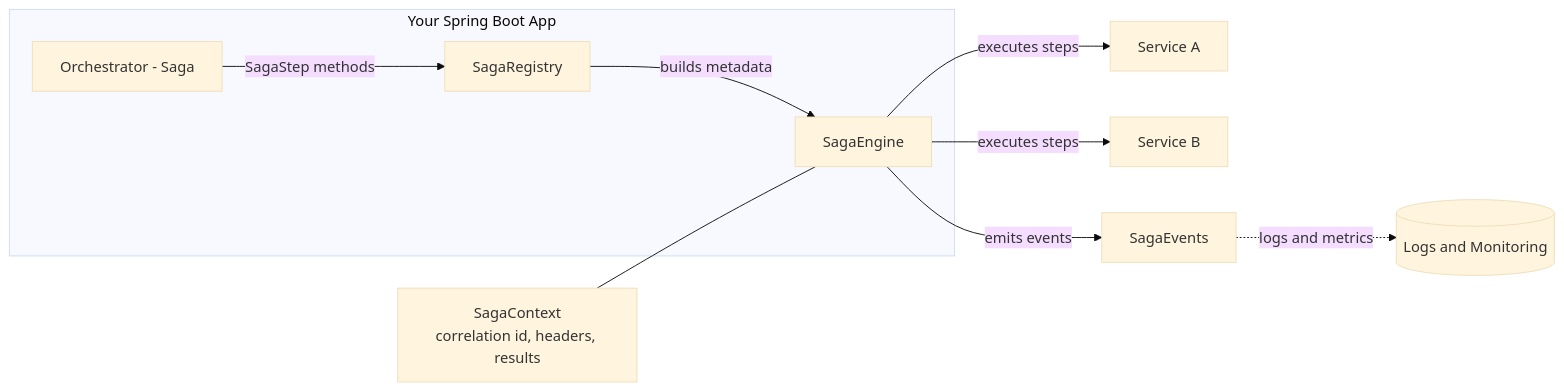
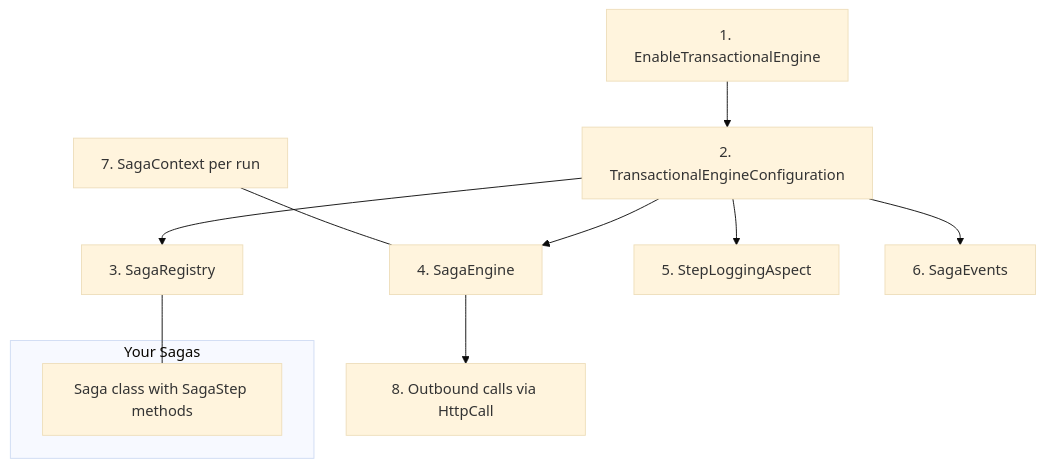
The second of 4 diagrams in README.md (firefly-oss/lib-transactional-engine), drawn with Mermaid (base theme) before and after one commit. The commit also changed other lines of this file, not shown here.

First line of the commit message:
docs: enhance architecture overview with detailed Mermaid diagrams and component glossary

````diff
--- a/README.md
+++ b/README.md
@@ -98,17 +104,14 @@
 ```mermaid
-flowchart LR
-  subgraph App[Your Spring Boot App]
-    O[Orchestrator - Saga]
-    R[SagaRegistry]
-    E[SagaEngine]
+flowchart TB
+  A[1. EnableTransactionalEngine] --> B[2. TransactionalEngineConfiguration]
+  B --> C[3. SagaRegistry]
+  B --> D[4. SagaEngine]
+  B --> E[5. StepLoggingAspect]
+  B --> F[6. SagaEvents]
+  subgraph G[Your Sagas]
+    S[Saga class with SagaStep methods]
   end
-
-  O -- SagaStep methods --> R
-  R -- builds metadata --> E
-  E -- executes steps --> S1[Service A]
-  E -- executes steps --> S2[Service B]
-  E -- emits events --> EV[SagaEvents]
-
-  ctx[SagaContext\ncorrelation id, headers, results] --- E
-  EV -. logs and metrics .-> Log[(Logs and Monitoring)]
+  C --- S
+  H[7. SagaContext per run] --- D
+  D --> I[8. Outbound calls via HttpCall]
 ```
````
